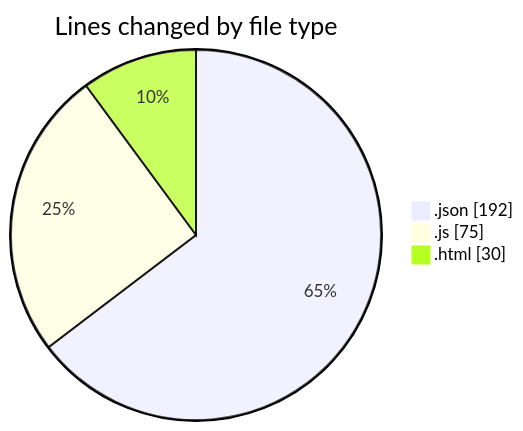
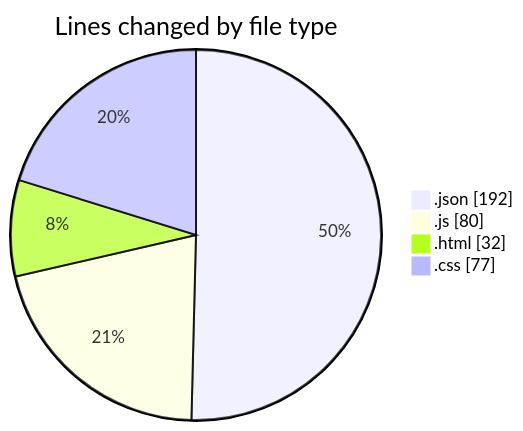
The first of 2 diagrams in 2025-07-05/hidden_search_widget/README.md (Ritupan-Deka/code-tracking), drawn with Mermaid before and after one commit. The commit also changed other lines of this file and 1 other file, not shown here.

````diff
--- a/2025-07-05/hidden_search_widget/README.md
+++ b/2025-07-05/hidden_search_widget/README.md
@@ -22,7 +23,8 @@
 ```mermaid
 pie showData
 title Lines changed by file type
 ".json" : 192
-".js" : 75
-".html" : 30
+".js" : 80
+".html" : 32
+".css" : 77
 ```
````
